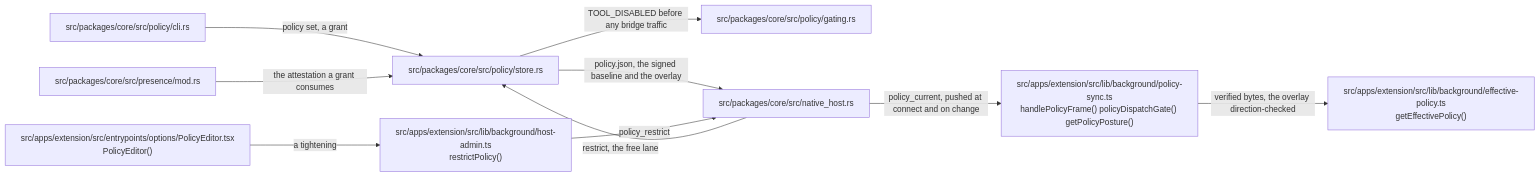
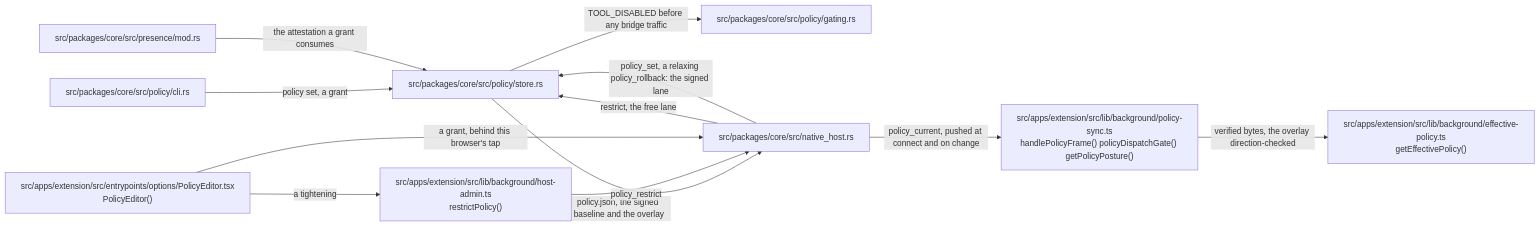
Before and after one commit to Vivswan/chromium-bridge: the sixth of 7 diagrams in docs/architecture.md, drawn with Mermaid. The commit also changed other lines of this file and 80 other files, not shown here.

Commit message:
feat(options): the grant lane reaches the options page: policy set, rollback, history, and pair-client behind the presence tap (#236)

````diff
--- a/docs/architecture.md
+++ b/docs/architecture.md
@@ -558,21 +562,23 @@
 ```mermaid
 flowchart LR
   cli["src/packages/core/src/policy/cli.rs"]
   store["src/packages/core/src/policy/store.rs"]
   presence["src/packages/core/src/presence/mod.rs"]
   gating["src/packages/core/src/policy/gating.rs"]
   host["src/packages/core/src/native_host.rs"]
   sync["src/apps/extension/src/lib/background/policy-sync.ts<br>handlePolicyFrame() policyDispatchGate() getPolicyPosture()"]
   effective["src/apps/extension/src/lib/background/effective-policy.ts<br>getEffectivePolicy()"]
   editor["src/apps/extension/src/entrypoints/options/PolicyEditor.tsx<br>PolicyEditor()"]
   admin["src/apps/extension/src/lib/background/host-admin.ts<br>restrictPolicy()"]
   cli -->|policy set, a grant| store
   presence -->|the attestation a grant consumes| store
   store -->|policy.json, the signed baseline and the overlay| host
   store -->|TOOL_DISABLED before any bridge traffic| gating
   host -->|policy_current, pushed at connect and on change| sync
   sync -->|verified bytes, the overlay direction-checked| effective
   editor -->|a tightening| admin
   admin -->|policy_restrict| host
   host -->|restrict, the free lane| store
+  editor -->|a grant, behind this browser's tap| host
+  host -->|policy_set, a relaxing policy_rollback: the signed lane| store
 ```
````
